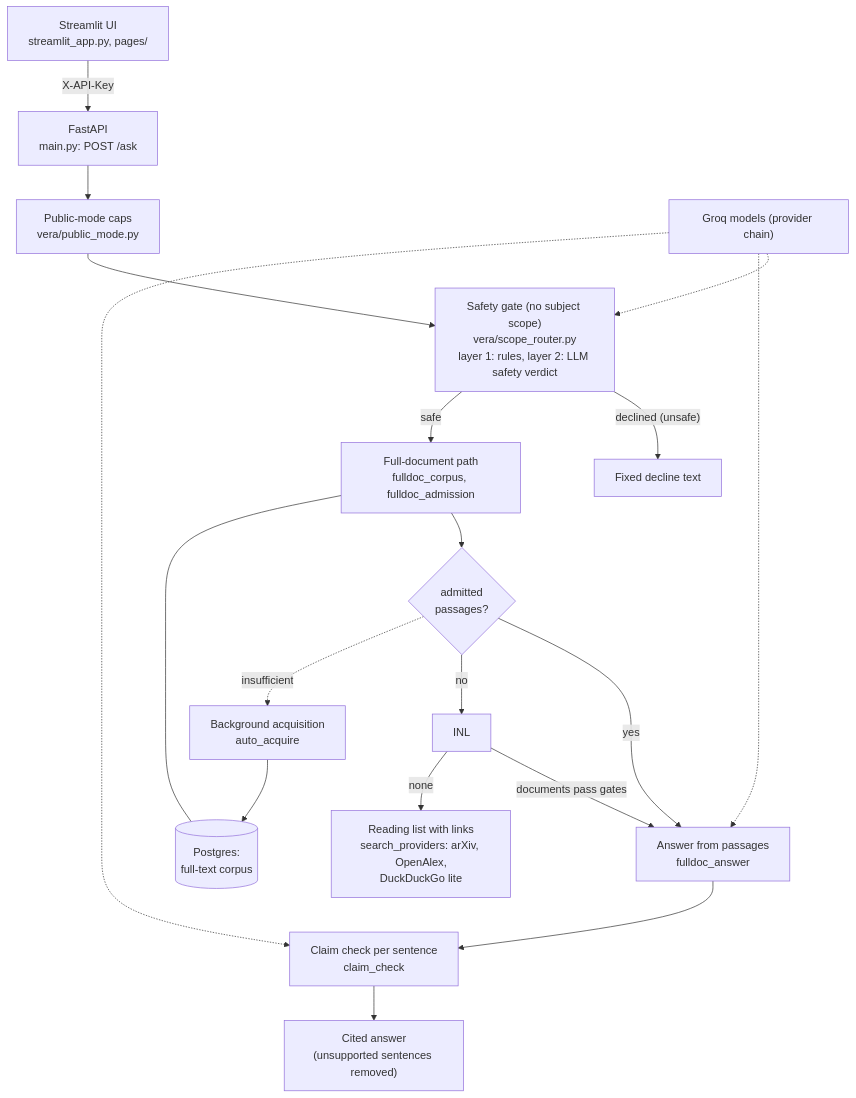
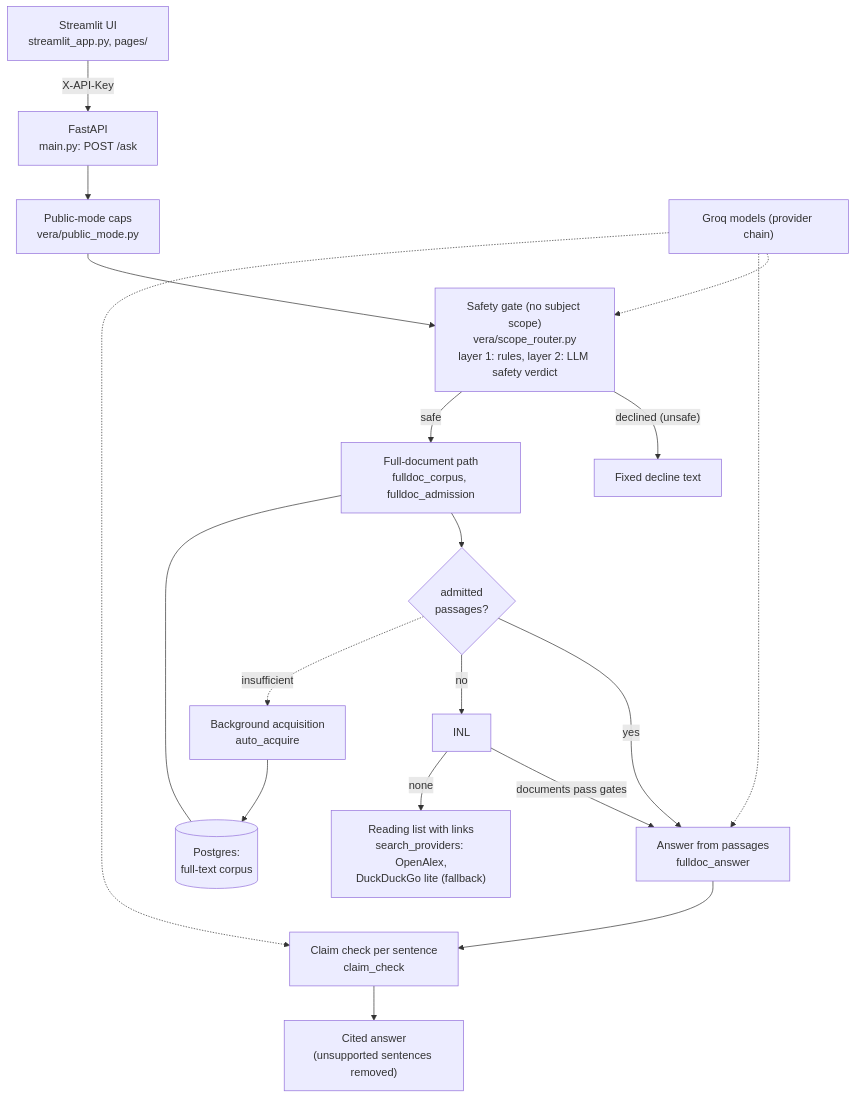
One commit to taggm-ghc/vera-dar changed the diagram in README.md. Above: the diagram before and after it, drawn with Mermaid. The commit also changed other lines of this file and 4 other files, not shown here.

Commit message:
DOCS-B6-1110: document batch 6 (portal rule, list ingest, DDG fallback, settings, taxonomy, hybrid off)

````diff
--- a/README.md
+++ b/README.md
@@ -42,21 +55,21 @@
 ```mermaid
 flowchart TD
     UI["Streamlit UI<br/>streamlit_app.py, pages/"] -->|"X-API-Key"| API["FastAPI<br/>main.py: POST /ask"]
     API --> CAPS["Public-mode caps<br/>vera/public_mode.py"]
     CAPS --> SCOPE["Safety gate (no subject scope)<br/>vera/scope_router.py<br/>layer 1: rules, layer 2: LLM safety verdict"]
     SCOPE -->|"declined (unsafe)"| REFUSE["Fixed decline text"]
     SCOPE -->|"safe"| FD["Full-document path<br/>fulldoc_corpus, fulldoc_admission"]
     FD --> ADMIT{"admitted<br/>passages?"}
     ADMIT -->|"yes"| ANS["Answer from passages<br/>fulldoc_answer"]
     ANS --> CC["Claim check per sentence<br/>claim_check"]
     CC --> OUT["Cited answer<br/>(unsupported sentences removed)"]
     ADMIT -->|"no"| INL
     INL -->|"documents pass gates"| ANS
-    INL -->|"none"| RL["Reading list with links<br/>search_providers: arXiv, OpenAlex,<br/>DuckDuckGo lite"]
+    INL -->|"none"| RL["Reading list with links<br/>search_providers: OpenAlex,<br/>DuckDuckGo lite (fallback)"]
     ADMIT -.->|"insufficient"| BG["Background acquisition<br/>auto_acquire"]
     BG --> STORE[("Postgres:<br/>full-text corpus")]
     FD --- STORE
     LLM["Groq models (provider chain)"] -.-> SCOPE
     LLM -.-> ANS
     LLM -.-> CC
 ```
````
